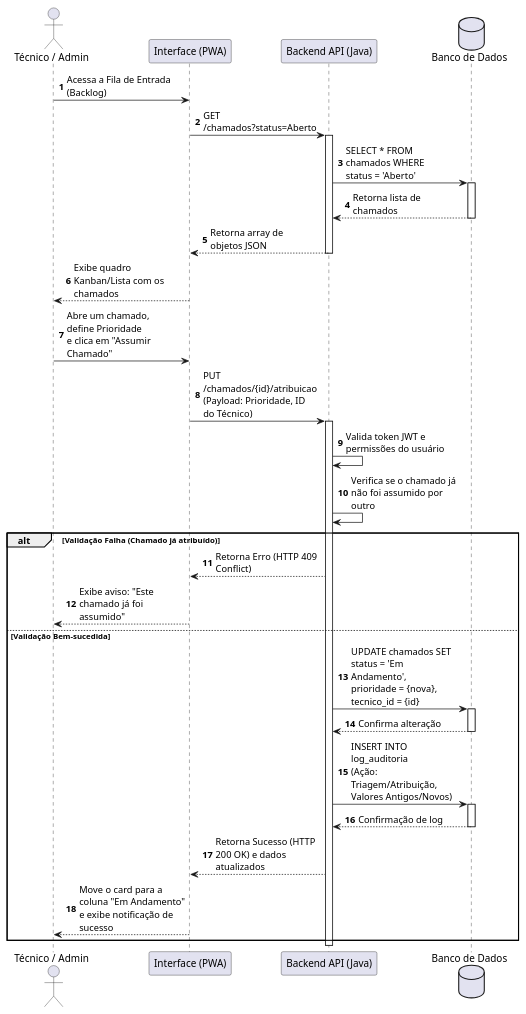
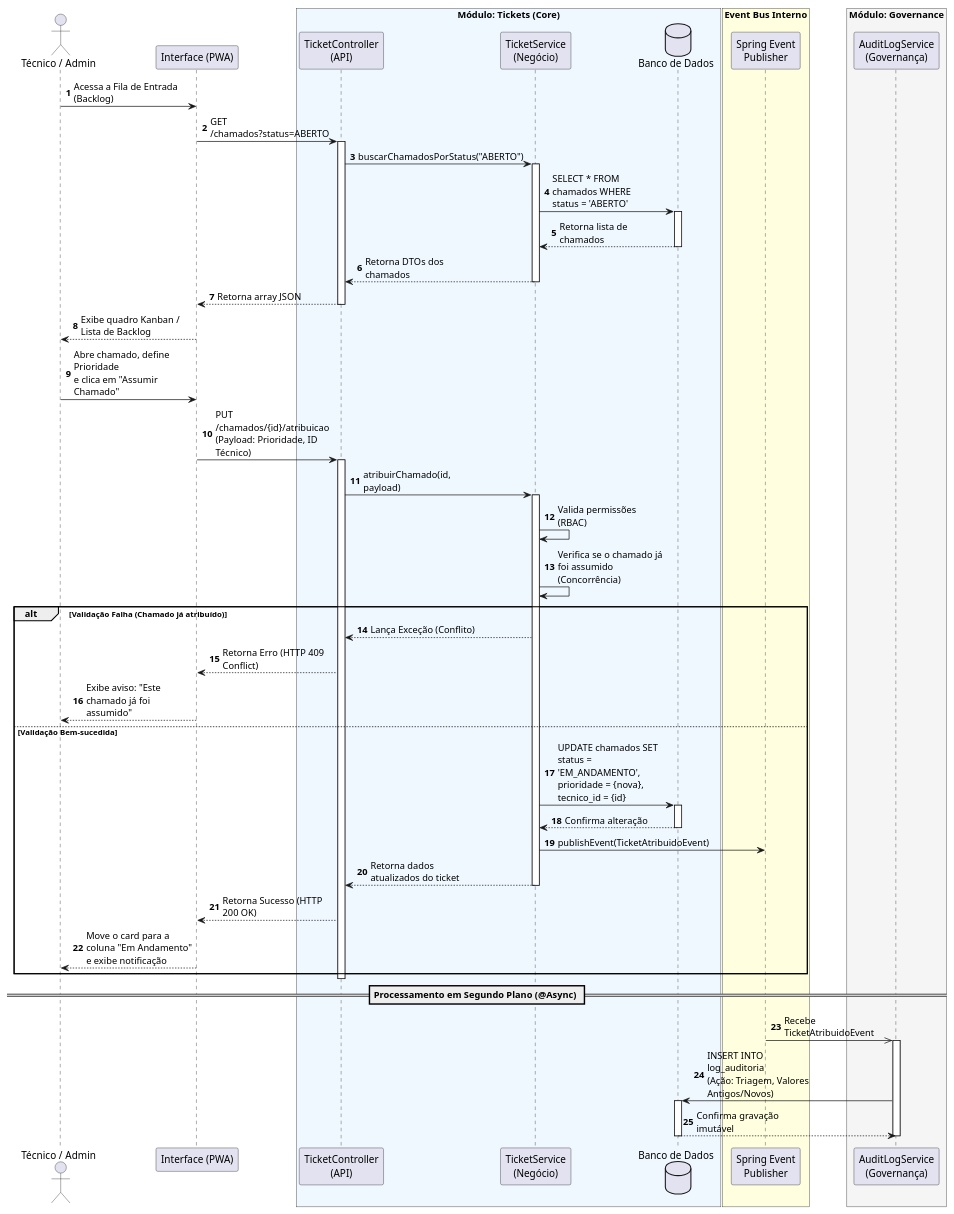
The diagram in docs/use-case-uml/case2.puml (marciuuu/rIT-help-desk), drawn with PlantUML before and after one commit. The commit also changed 13 other files, not shown here.

```diff
--- a/docs/use-case-uml/case2.puml
+++ b/docs/use-case-uml/case2.puml
@@ -1,59 +1,93 @@
 @startuml
 ' Configurações visuais
 skinparam maxMessageSize 150
 skinparam handwritten false
 skinparam responseMessageBelowArrow true
 autonumber
 
-' Atores e Participantes
+' Atores e Interface
 actor "Técnico / Admin" as tecnico
 participant "Interface (PWA)" as pwa
-participant "Backend API (Java)" as api
-database "Banco de Dados" as db
+
+' Representação do Monólito Modular
+box "Módulo: Tickets (Core)" #F0F8FF
+    participant "TicketController\n(API)" as api
+    participant "TicketService\n(Negócio)" as service
+    database "Banco de Dados" as db
+end box
+
+box "Event Bus Interno" #FFFFE0
+    participant "Spring Event\nPublisher" as eventBus
+end box
+
+box "Módulo: Governance" #F5F5F5
+    participant "AuditLogService\n(Governança)" as gov
+end box
 
 ' 1. Consulta da Fila (Backlog)
 tecnico -> pwa : Acessa a Fila de Entrada (Backlog)
-pwa -> api : GET /chamados?status=Aberto
+pwa -> api : GET /chamados?status=ABERTO
 
 activate api
-api -> db : SELECT * FROM chamados WHERE status = 'Aberto'
+api -> service : buscarChamadosPorStatus("ABERTO")
+activate service
+service -> db : SELECT * FROM chamados WHERE status = 'ABERTO'
 activate db
-db --> api : Retorna lista de chamados
+db --> service : Retorna lista de chamados
 deactivate db
-api --> pwa : Retorna array de objetos JSON
+service --> api : Retorna DTOs dos chamados
+deactivate service
+api --> pwa : Retorna array JSON
 deactivate api
 
-pwa --> tecnico : Exibe quadro Kanban/Lista com os chamados
+pwa --> tecnico : Exibe quadro Kanban / Lista de Backlog
 
 ' 2. Interação e Atribuição
-tecnico -> pwa : Abre um chamado, define Prioridade\ne clica em "Assumir Chamado"
-pwa -> api : PUT /chamados/{id}/atribuicao\n(Payload: Prioridade, ID do Técnico)
+tecnico -> pwa : Abre chamado, define Prioridade\ne clica em "Assumir Chamado"
+pwa -> api : PUT /chamados/{id}/atribuicao\n(Payload: Prioridade, ID Técnico)
 
 activate api
-' Validação de Segurança (RBAC) e de Negócio
-api -> api : Valida token JWT e permissões do usuário
-api -> api : Verifica se o chamado já não foi assumido por outro
+api -> service : atribuirChamado(id, payload)
+activate service
+
+' Validação de Segurança e de Negócio
+service -> service : Valida permissões (RBAC)
+service -> service : Verifica se o chamado já foi assumido (Concorrência)
 
 alt Validação Falha (Chamado já atribuído)
+    service --> api : Lança Exceção (Conflito)
     api --> pwa : Retorna Erro (HTTP 409 Conflict)
     pwa --> tecnico : Exibe aviso: "Este chamado já foi assumido"
 else Validação Bem-sucedida
-    ' Atualização do Banco de Dados
-    api -> db : UPDATE chamados SET status = 'Em Andamento',\nprioridade = {nova}, tecnico_id = {id}
+    ' Atualização do Banco de Dados (Transação Principal)
+    service -> db : UPDATE chamados SET status = 'EM_ANDAMENTO',\nprioridade = {nova}, tecnico_id = {id}
     activate db
-    db --> api : Confirma alteração
+    db --> service : Confirma alteração
     deactivate db
     
-    ' Trilha de Auditoria (Essencial conforme requisitos)
-    api -> db : INSERT INTO log_auditoria\n(Ação: Triagem/Atribuição, Valores Antigos/Novos)
-    activate db
-    db --> api : Confirmação de log
-    deactivate db
+    ' Disparo do Evento de Domínio (Desacoplamento)
+    service -> eventBus : publishEvent(TicketAtribuidoEvent)
     
-    ' Retorno de Sucesso
-    api --> pwa : Retorna Sucesso (HTTP 200 OK) e dados atualizados
-    pwa --> tecnico : Move o card para a coluna "Em Andamento"\ne exibe notificação de sucesso
+    ' Retorno IMEDIATO para o usuário
+    service --> api : Retorna dados atualizados do ticket
+    deactivate service
+    
+    api --> pwa : Retorna Sucesso (HTTP 200 OK)
+    pwa --> tecnico : Move o card para a coluna "Em Andamento"\ne exibe notificação
 end
 deactivate api
 
+' ==========================================
+' PROCESSAMENTO ASSÍNCRONO (EM SEGUNDO PLANO)
+' ==========================================
+== Processamento em Segundo Plano (@Async) ==
+
+eventBus ->> gov : Recebe TicketAtribuidoEvent
+activate gov
+gov -> db : INSERT INTO log_auditoria\n(Ação: Triagem, Valores Antigos/Novos)
+activate db
+db --> gov : Confirma gravação imutável
+deactivate db
+deactivate gov
+
 @enduml
```
